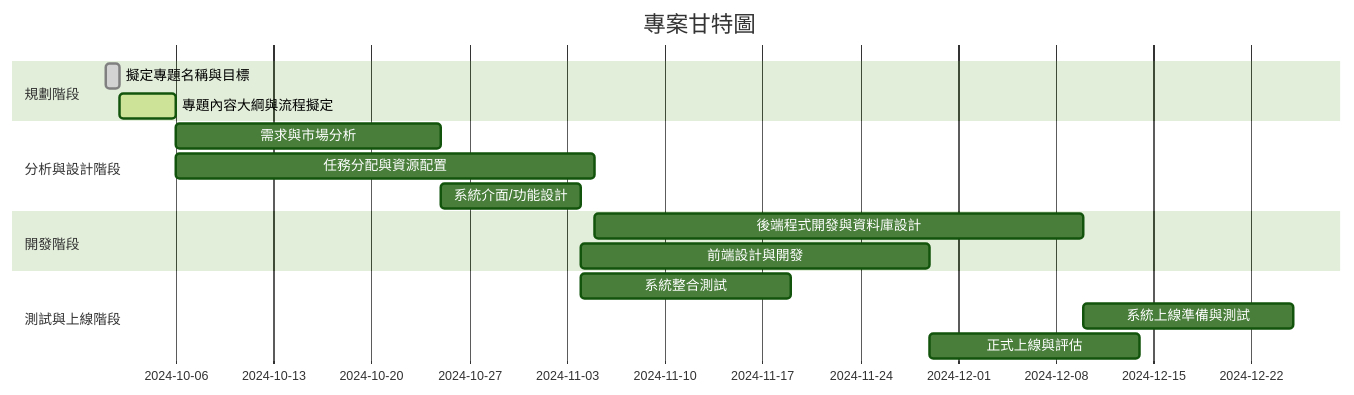
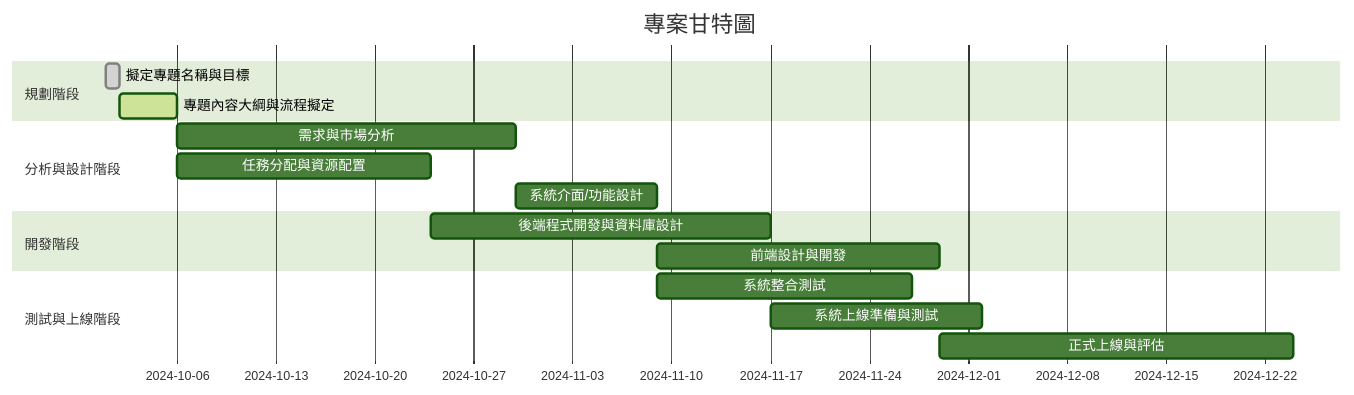
One commit to zoeyyy-93/113_CourseTopics changed the second of 2 diagrams in README.md. Above: the diagram before and after it, drawn with Mermaid (forest theme).

````diff
--- a/README.md
+++ b/README.md
@@ -32,22 +32,22 @@
 ```mermaid
 gantt
     title 專案甘特圖
     dateFormat  YYYY-MM-DD
     section 規劃階段
     擬定專題名稱與目標        :done,    a1, 2024-010-01, 1d
     專題內容大綱與流程擬定        :active,  a2, after a1, 4d
 
     section 分析與設計階段
-    需求與市場分析           :         a3, after a2, 19d
-    任務分配與資源配置        :        a4, after a2, 30d
+    需求與市場分析           :         a3, after a2, 24d
+    任務分配與資源配置        :        a4, after a2, 18d
     系統介面/功能設計                :       a5, after a3, 10d
 
     section 開發階段
-    後端程式開發與資料庫設計      :        a6, after a4, 35d
-    前端設計與開發           :        a7, after a5, 25d
+    後端程式開發與資料庫設計      :        a6, after a4, 24d
+    前端設計與開發           :        a7, after a5, 20d
 
     section 測試與上線階段
-    系統整合測試            :        a8, after a5, 15d
+    系統整合測試            :        a8, after a5, 18d
     系統上線準備與測試        :        a9, after a6, 15d
-    正式上線與評估           :        a10, after a7, 15d
+    正式上線與評估           :        a10, after a7, 25d
 ```
````
